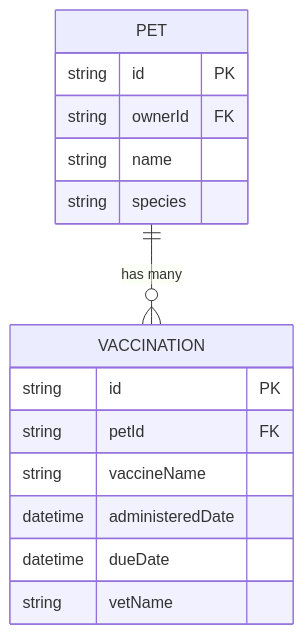
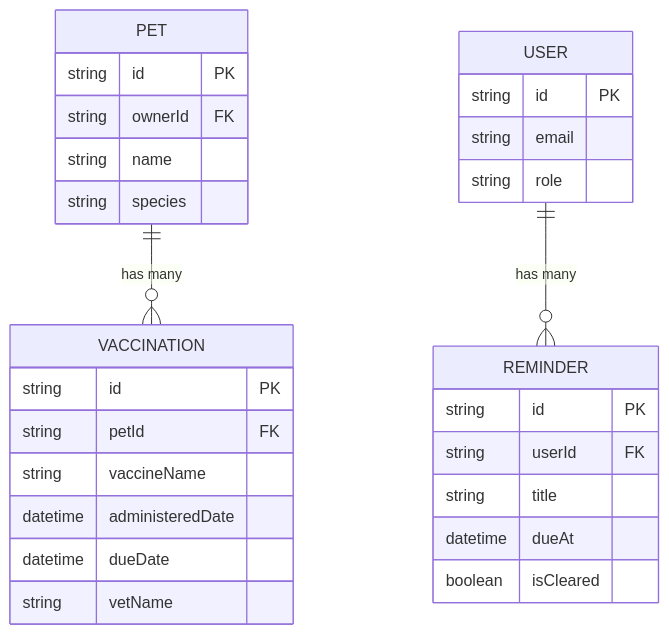
One commit to Javeria-Javaid/ai-powered-pet-healthcare-ecosystem changed the third of 7 diagrams in .qoder/repowiki/en/content/Pet Health Management/Vaccination Tracking.md. Above: the diagram before and after it, drawn with Mermaid. The commit also changed other lines of this file and 45 other files, not shown here.

````diff
--- a/.qoder/repowiki/en/content/Pet Health Management/Vaccination Tracking.md
+++ b/.qoder/repowiki/en/content/Pet Health Management/Vaccination Tracking.md
@@ -147,18 +185,31 @@
 ```mermaid
 erDiagram
 PET {
 string id PK
 string ownerId FK
 string name
 string species
 }
 VACCINATION {
 string id PK
 string petId FK
 string vaccineName
 datetime administeredDate
 datetime dueDate
 string vetName
 }
+REMINDER {
+string id PK
+string userId FK
+string title
+datetime dueAt
+boolean isCleared
+}
+USER {
+string id PK
+string email
+string role
+}
 PET ||--o{ VACCINATION : "has many"
+USER ||--o{ REMINDER : "has many"
 ```
````
